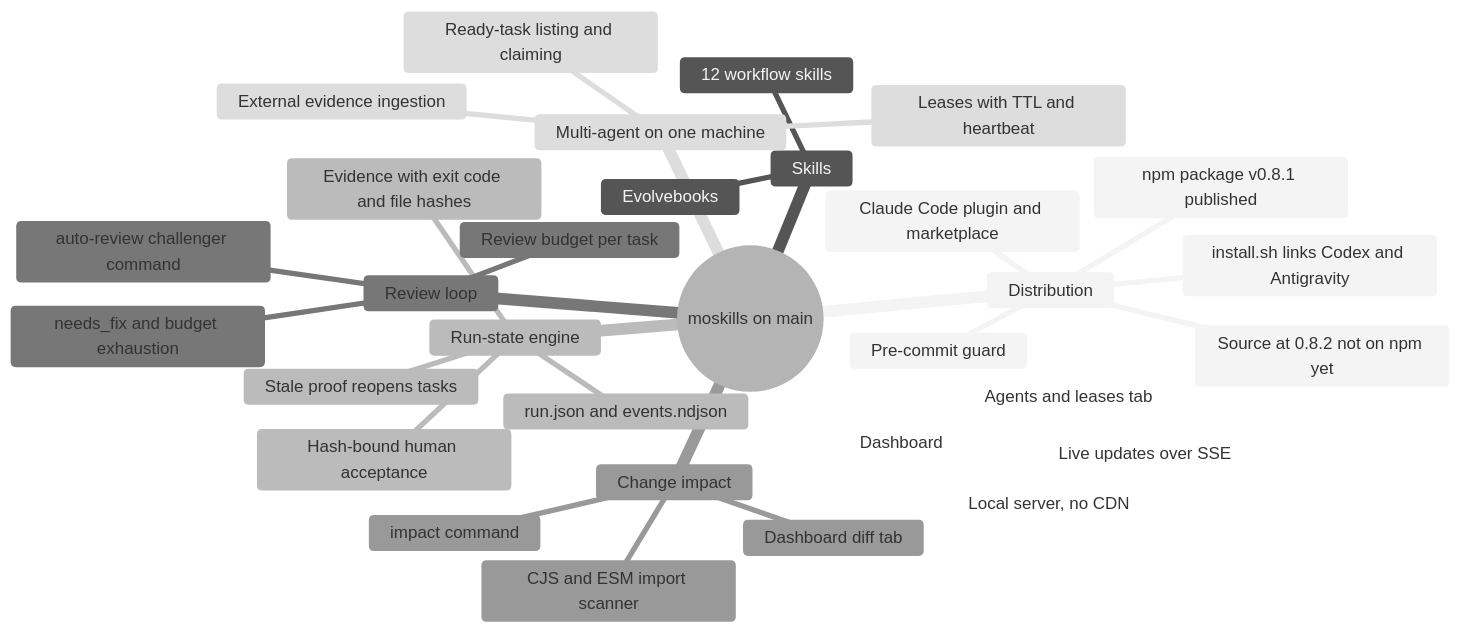
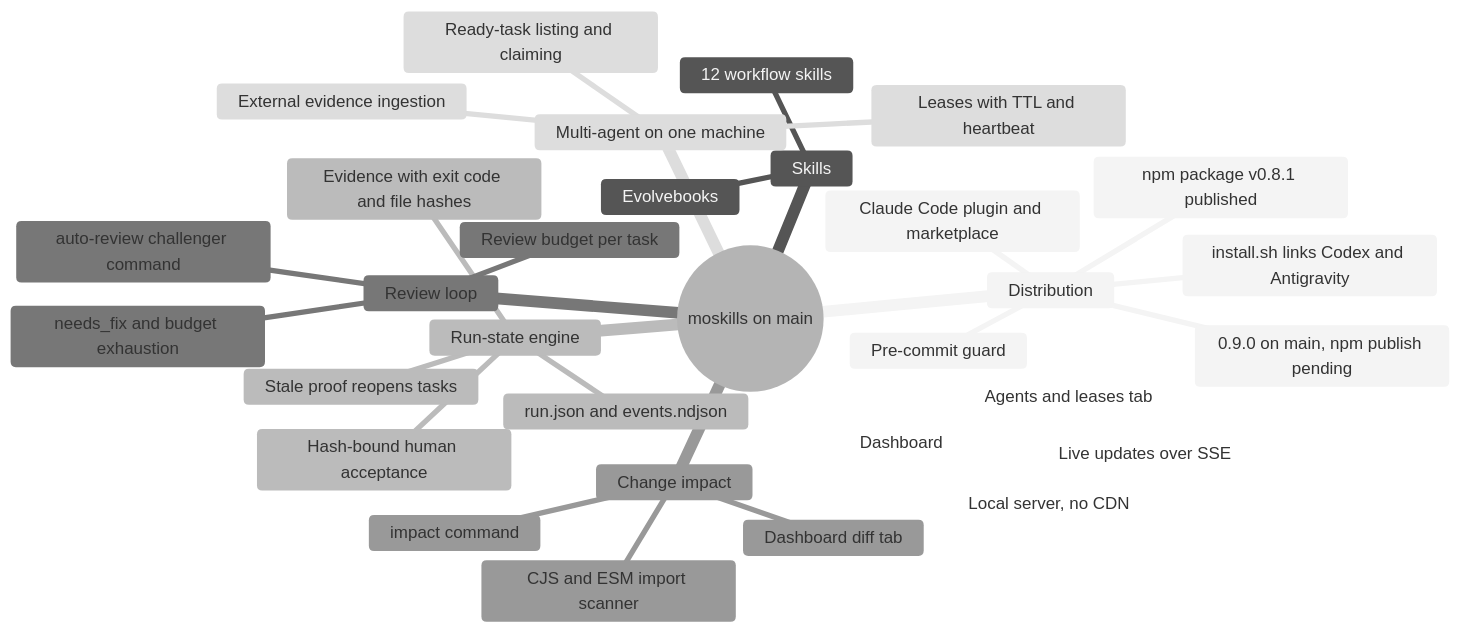
Before and after one commit to Mouad1/moskills: the first of 2 diagrams in docs/roadmap.md, drawn with Mermaid (neutral theme). The commit also changed other lines of this file and 20 other files, not shown here.

````diff
--- a/docs/roadmap.md
+++ b/docs/roadmap.md
@@ -27,34 +27,34 @@
 ```mermaid
 mindmap
   root((moskills on main))
     Distribution
       npm package v0.8.1 published
-      Source at 0.8.2 not on npm yet
+      0.9.0 on main, npm publish pending
       Claude Code plugin and marketplace
       install.sh links Codex and Antigravity
       Pre-commit guard
     Skills
       12 workflow skills
       Evolvebooks
     Run-state engine
       run.json and events.ndjson
       Evidence with exit code and file hashes
       Stale proof reopens tasks
       Hash-bound human acceptance
     Review loop
       Review budget per task
       needs_fix and budget exhaustion
       auto-review challenger command
     Change impact
       CJS and ESM import scanner
       impact command
       Dashboard diff tab
     Multi-agent on one machine
       Leases with TTL and heartbeat
       Ready-task listing and claiming
       External evidence ingestion
     Dashboard
       Local server, no CDN
       Live updates over SSE
       Agents and leases tab
 ```
````
